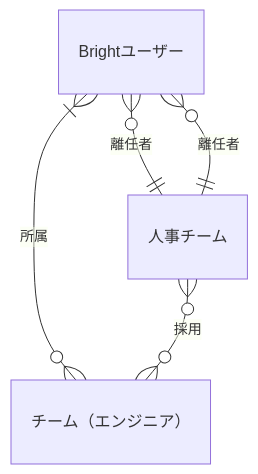
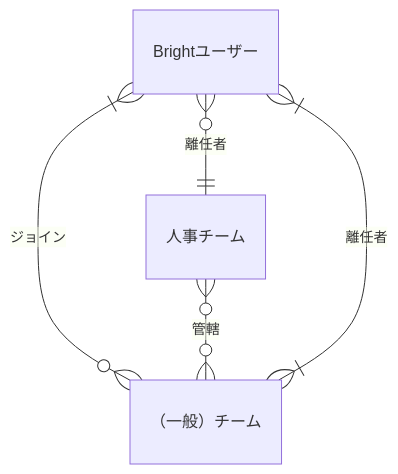
The fifth of 10 diagrams in docs/conceptual_schemas/users.md (bright-org/bright), drawn with Mermaid before and after one commit. The commit also changed other lines of this file, not shown here.

````diff
--- a/docs/conceptual_schemas/users.md
+++ b/docs/conceptual_schemas/users.md
@@ -75,7 +79,7 @@
 ```mermaid
 erDiagram
   "Brightユーザー"}o--||"人事チーム" : "離任者"
-  "Brightユーザー"}|--o{"チーム（エンジニア）" : "所属"
-  "人事チーム"}o--o{"チーム（エンジニア）" : "採用"
-  "Brightユーザー"}o--||"人事チーム" : "離任者"
+  "Brightユーザー"}|--o{"（一般）チーム" : "ジョイン"
+  "人事チーム"}o--o{"（一般）チーム" : "管轄"
+  "Brightユーザー"}|--|{"（一般）チーム" : "離任者"
 ```
````
